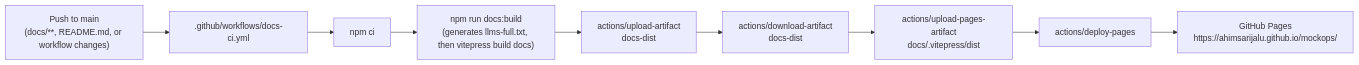
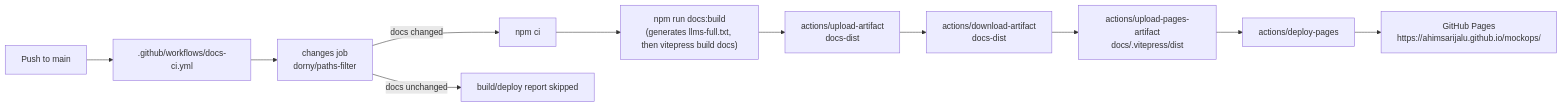
One commit to ahimsarijalu/mockops changed the diagram in docs/deployment/github-pages.md. Above: the diagram before and after it, drawn with Mermaid. The commit also changed other lines of this file and 3 other files, not shown here.

````diff
--- a/docs/deployment/github-pages.md
+++ b/docs/deployment/github-pages.md
@@ -10,14 +10,16 @@
 ```mermaid
 flowchart LR
-    Push["Push to main<br/>(docs/**, README.md, or workflow changes)"]
+    Push["Push to main"]
+    Changes["changes job<br/>dorny/paths-filter"]
     Workflow[".github/workflows/docs-ci.yml"]
     Install["npm ci"]
     Build["npm run docs:build<br/>(generates llms-full.txt, then vitepress build docs)"]
     BuildArtifact["actions/upload-artifact<br/>docs-dist"]
     Download["actions/download-artifact<br/>docs-dist"]
     Artifact["actions/upload-pages-artifact<br/>docs/.vitepress/dist"]
     Deploy["actions/deploy-pages"]
     Pages["GitHub Pages<br/>https://ahimsarijalu.github.io/mockops/"]
 
-    Push --> Workflow --> Install --> Build --> BuildArtifact --> Download --> Artifact --> Deploy --> Pages
+    Push --> Workflow --> Changes -->|docs changed| Install --> Build --> BuildArtifact --> Download --> Artifact --> Deploy --> Pages
+    Changes -->|docs unchanged| Skip["build/deploy report skipped"]
 ```
````
